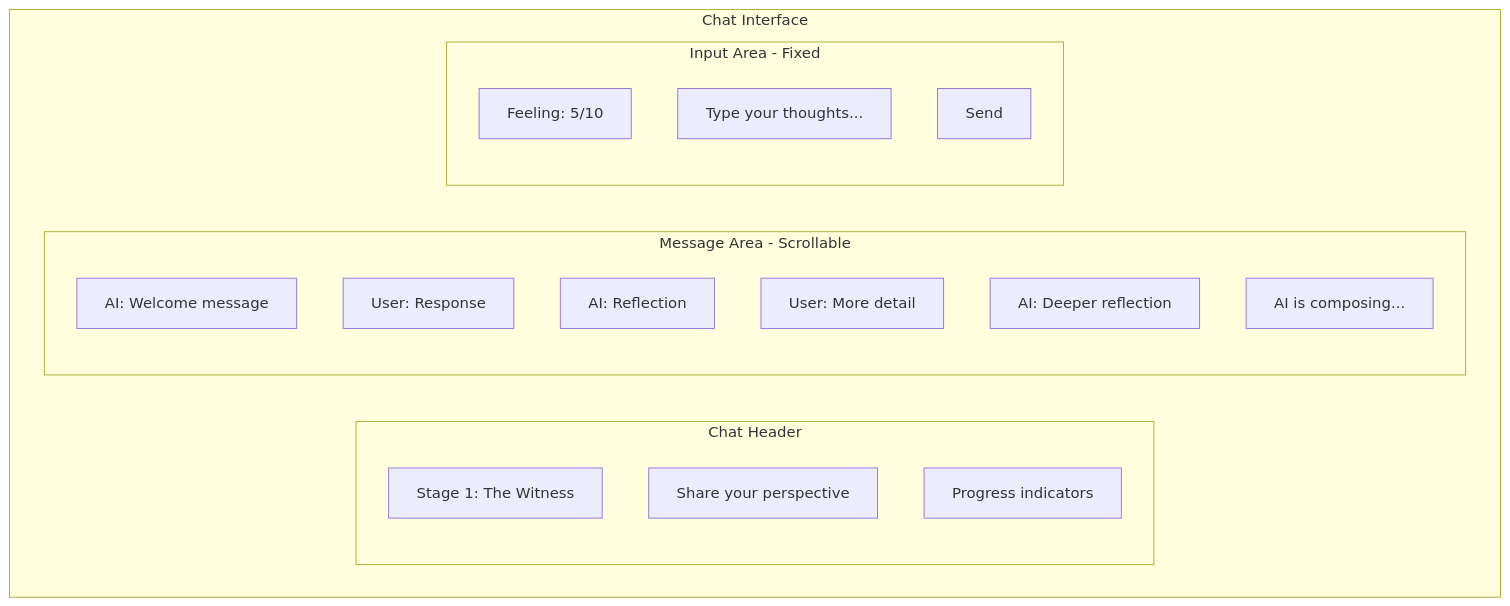
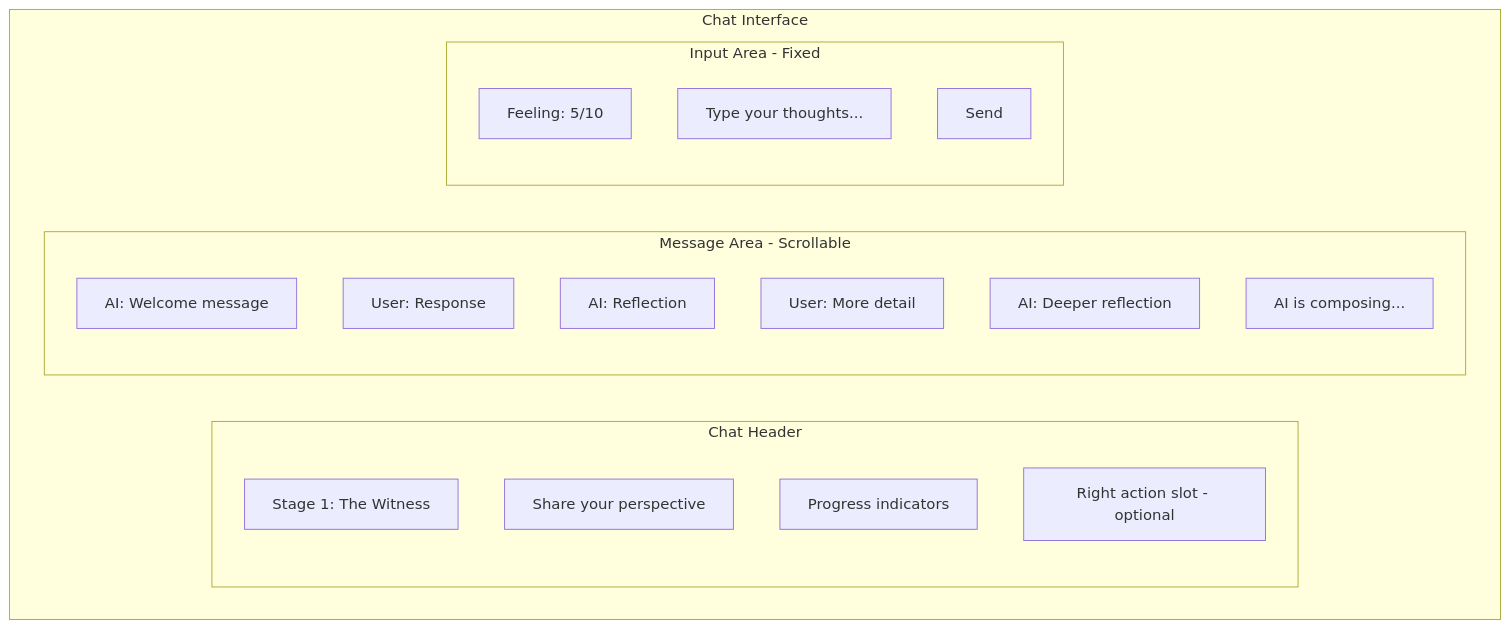
The first of 11 diagrams in docs/mobile/wireframes/chat-interface.md (shantamg/meet-without-fear), drawn with Mermaid before and after one commit. The commit also changed other lines of this file and 3 other files, not shown here.

````diff
--- a/docs/mobile/wireframes/chat-interface.md
+++ b/docs/mobile/wireframes/chat-interface.md
@@ -14,25 +14,26 @@
 ```mermaid
 flowchart TB
     subgraph ChatScreen[Chat Interface]
         subgraph Header[Chat Header]
             StageTitle[Stage 1: The Witness]
             StageDesc[Share your perspective]
             ProgressDots[Progress indicators]
+            RightAction[Right action slot - optional]
         end
 
         subgraph Messages[Message Area - Scrollable]
             AI1[AI: Welcome message]
             User1[User: Response]
             AI2[AI: Reflection]
             User2[User: More detail]
             AI3[AI: Deeper reflection]
             Typing[AI is composing...]
         end
 
         subgraph Input[Input Area - Fixed]
             EmotionCheck[Feeling: 5/10]
             TextField[Type your thoughts...]
             SendButton[Send]
         end
     end
 ```
````
